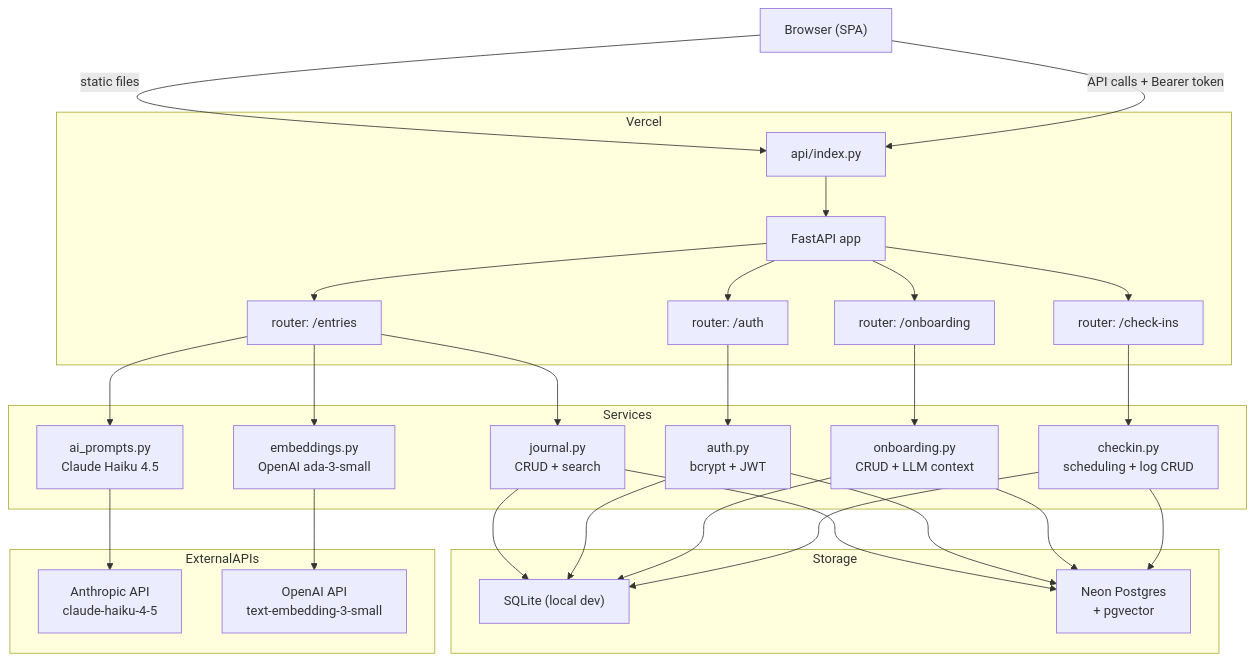
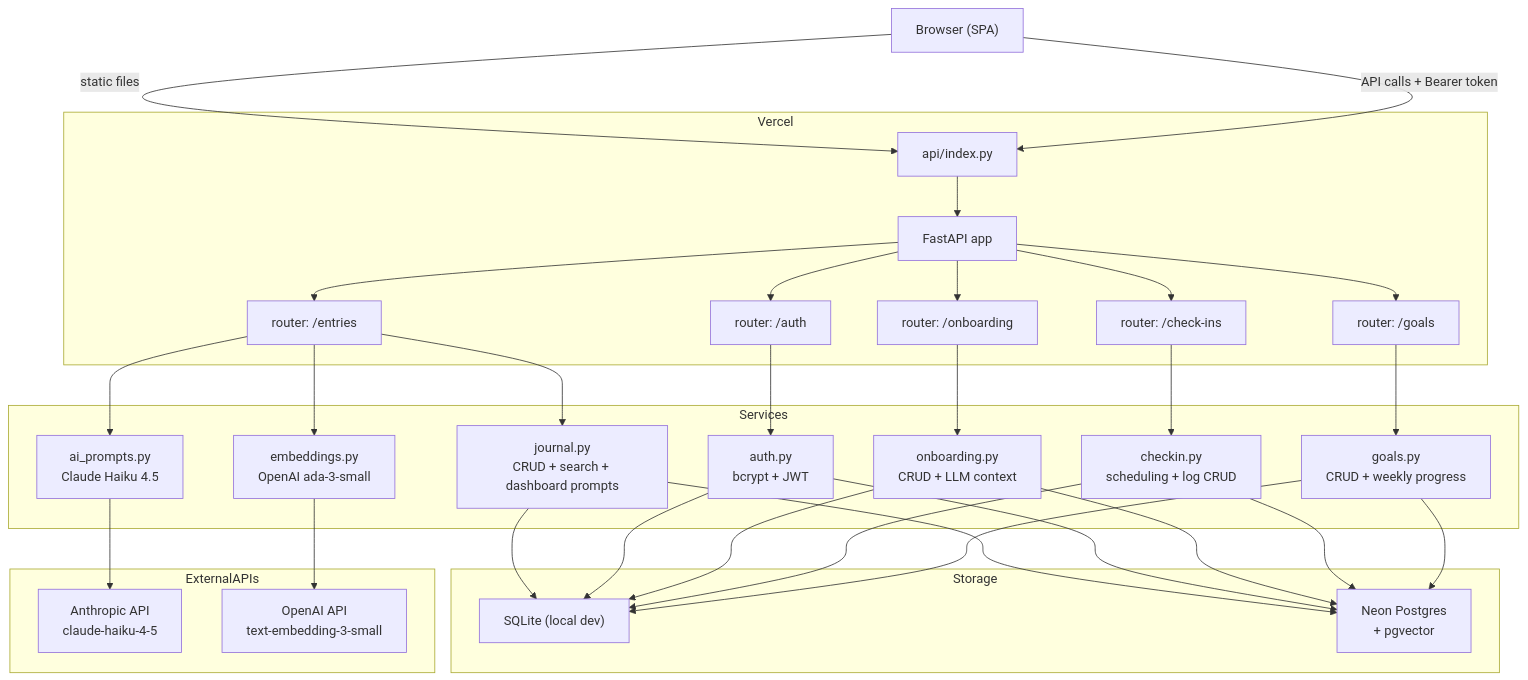
The diagram in docs/ARCHITECTURE.md (michaelebelle/reflection-buddy), drawn with Mermaid before and after one commit. The commit also changed other lines of this file and 14 other files, not shown here.

First line of the commit message:
Add proactive dashboard, full goal management, and goal progress tracking

````diff
--- a/docs/ARCHITECTURE.md
+++ b/docs/ARCHITECTURE.md
@@ -233,49 +243,53 @@
 ```mermaid
 graph TD
     Browser["Browser (SPA)"]
 
     subgraph Vercel
         Entry["api/index.py"]
         FastAPI["FastAPI app"]
         Auth["router: /auth"]
         Journal["router: /entries"]
         Onboard["router: /onboarding"]
         CheckIn["router: /check-ins"]
+    Goals["router: /goals"]
     end
 
     subgraph Services
         AuthSvc["auth.py\nbcrypt + JWT"]
-        JournalSvc["journal.py\nCRUD + search"]
+        JournalSvc["journal.py\nCRUD + search + dashboard prompts"]
         AISvc["ai_prompts.py\nClaude Haiku 4.5"]
         EmbedSvc["embeddings.py\nOpenAI ada-3-small"]
         OBSvc["onboarding.py\nCRUD + LLM context"]
         CheckInSvc["checkin.py\nscheduling + log CRUD"]
+        GoalsSvc["goals.py\nCRUD + weekly progress"]
     end
 
     subgraph Storage
         SQLite["SQLite (local dev)"]
         Neon["Neon Postgres\n+ pgvector"]
     end
 
     subgraph ExternalAPIs
         Anthropic["Anthropic API\nclaude-haiku-4-5"]
         OpenAI["OpenAI API\ntext-embedding-3-small"]
     end
 
     Browser -->|"static files"| Entry
     Browser -->|"API calls + Bearer token"| Entry
     Entry --> FastAPI
-    FastAPI --> Auth & Journal & Onboard & CheckIn
+    FastAPI --> Auth & Journal & Onboard & CheckIn & Goals
     Auth --> AuthSvc
     Journal --> JournalSvc
     Journal --> AISvc
     Journal --> EmbedSvc
     Onboard --> OBSvc
     CheckIn --> CheckInSvc
+    Goals --> GoalsSvc
     JournalSvc --> SQLite & Neon
     AuthSvc --> SQLite & Neon
     OBSvc --> SQLite & Neon
     CheckInSvc --> SQLite & Neon
+    GoalsSvc --> SQLite & Neon
     AISvc --> Anthropic
     EmbedSvc --> OpenAI
 ```
````
